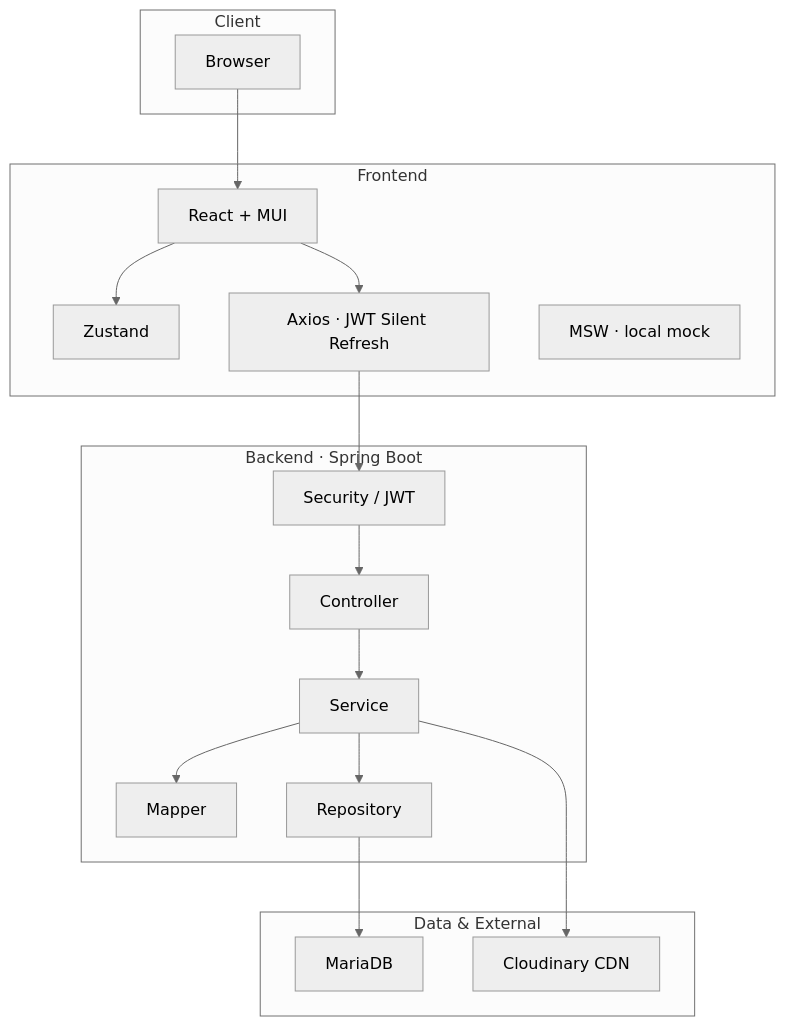
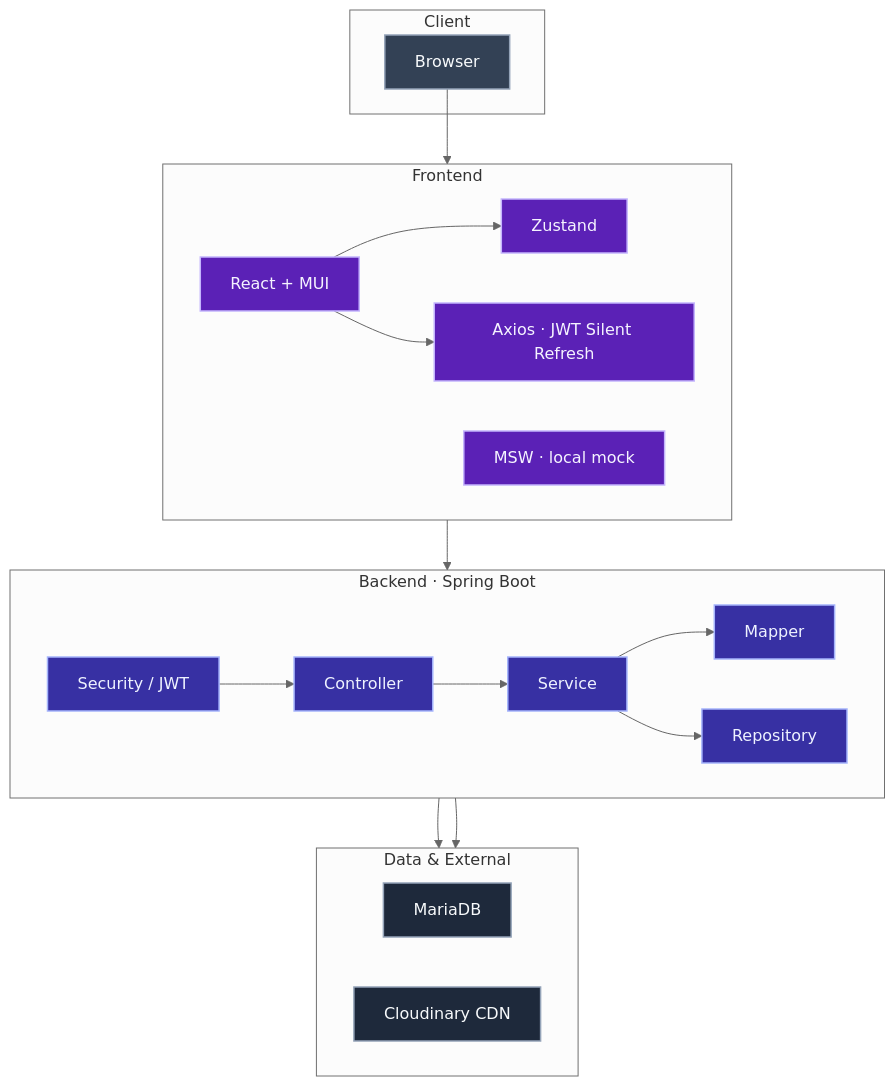
The diagram in README.md (Hyeonseok93/SK-Rookies5-MINI2_MATE), drawn with Mermaid (neutral theme) before and after one commit.

Commit message:
Style Mermaid architecture nodes with violet class colors.

````diff
--- a/README.md
+++ b/README.md
@@ -344,37 +344,45 @@
 ```mermaid
 flowchart TB
+  classDef client fill:#334155,stroke:#94A3B8,color:#F8FAFC,stroke-width:1.5px
+  classDef fe fill:#5B21B6,stroke:#C4B5FD,color:#F5F3FF,stroke-width:1.5px
+  classDef be fill:#3730A3,stroke:#A5B4FC,color:#EEF2FF,stroke-width:1.5px
+  classDef data fill:#1E293B,stroke:#94A3B8,color:#F8FAFC,stroke-width:1.5px
+
   subgraph Client
-    Browser
+    Browser:::client
   end
 
   subgraph Frontend
-    React["React + MUI"]
-    Zustand
-    Axios["Axios · JWT Silent Refresh"]
-    MSW["MSW · local mock"]
+    direction LR
+    React["React + MUI"]:::fe
+    Zustand:::fe
+    Axios["Axios · JWT Silent Refresh"]:::fe
+    MSW["MSW · local mock"]:::fe
   end
 
   subgraph Backend["Backend · Spring Boot"]
-    Controller
-    Security["Security / JWT"]
-    Service
-    Mapper
-    Repository
+    direction LR
+    Controller:::be
+    Security["Security / JWT"]:::be
+    Service:::be
+    Mapper:::be
+    Repository:::be
   end
 
   subgraph Data["Data & External"]
-    MariaDB
-    Cloudinary["Cloudinary CDN"]
+    direction LR
+    MariaDB:::data
+    Cloudinary["Cloudinary CDN"]:::data
   end
 
   Browser --> React
   React --> Zustand
   React --> Axios
   Axios --> Security
   Security --> Controller
   Controller --> Service
   Service --> Mapper
   Service --> Repository
   Repository --> MariaDB
   Service --> Cloudinary
 ```
````
